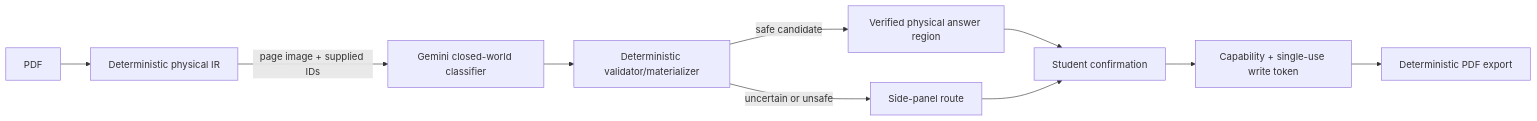
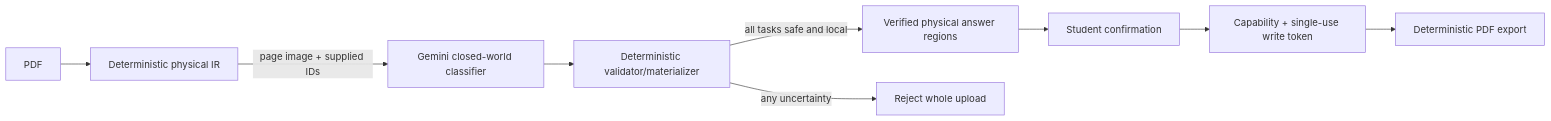
Before and after one commit to ChimdumebiNebolisa/Claros: the second of 2 diagrams in docs/ARCHITECTURE.md, drawn with Mermaid. The commit also changed other lines of this file and 63 other files, not shown here.

````diff
--- a/docs/ARCHITECTURE.md
+++ b/docs/ARCHITECTURE.md
@@ -46,12 +50,11 @@
 ```mermaid
 flowchart LR
   PDF[PDF] --> PHY[Deterministic physical IR]
   PHY -->|page image + supplied IDs| C[Gemini closed-world classifier]
   C --> V[Deterministic validator/materializer]
-  V -->|safe candidate| R[Verified physical answer region]
-  V -->|uncertain or unsafe| SP[Side-panel route]
+  V -->|all tasks safe and local| R[Verified physical answer regions]
+  V -->|any uncertainty| REJ[Reject whole upload]
   R --> CONF[Student confirmation]
-  SP --> CONF
   CONF --> TOK[Capability + single-use write token]
   TOK --> OUT[Deterministic PDF export]
 ```
````
